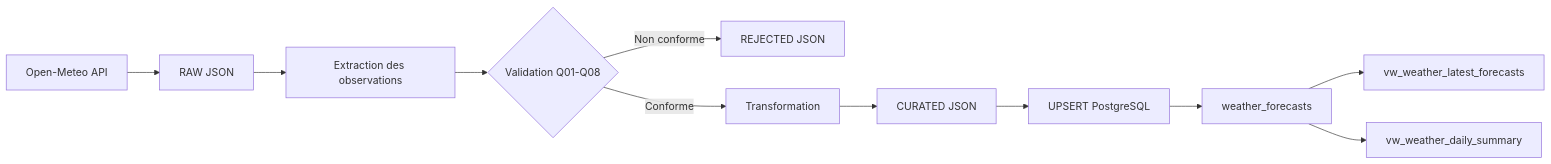
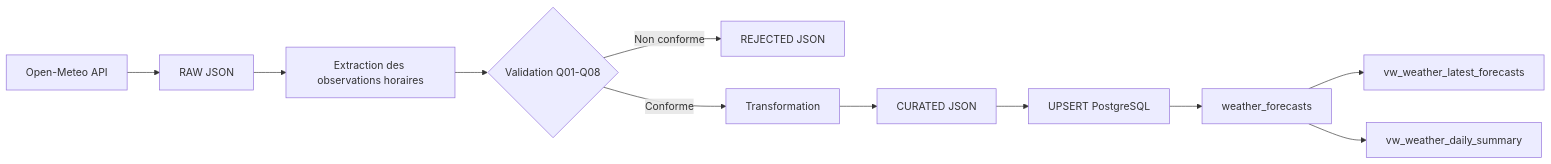
The third of 4 diagrams in docs/architecture/architecture.md (Abirdaboussi/SmartBreak), drawn with Mermaid before and after one commit. The commit also changed other lines of this file and 13 other files, not shown here.

````diff
--- a/docs/architecture/architecture.md
+++ b/docs/architecture/architecture.md
@@ -46,13 +119,13 @@
 ```mermaid
 flowchart LR
     A["Open-Meteo API"] --> B["RAW JSON"]
-    B --> C["Extraction des observations"]
+    B --> C["Extraction des observations horaires"]
     C --> D{"Validation Q01-Q08"}
-    D-->|Non conforme| E["REJECTED JSON"]
+    D -->|Non conforme| E["REJECTED JSON"]
     D -->|Conforme| F["Transformation"]
     F --> G["CURATED JSON"]
     G --> H["UPSERT PostgreSQL"]
     H --> I["weather_forecasts"]
     I --> J["vw_weather_latest_forecasts"]
     I --> K["vw_weather_daily_summary"]
 ```
````
